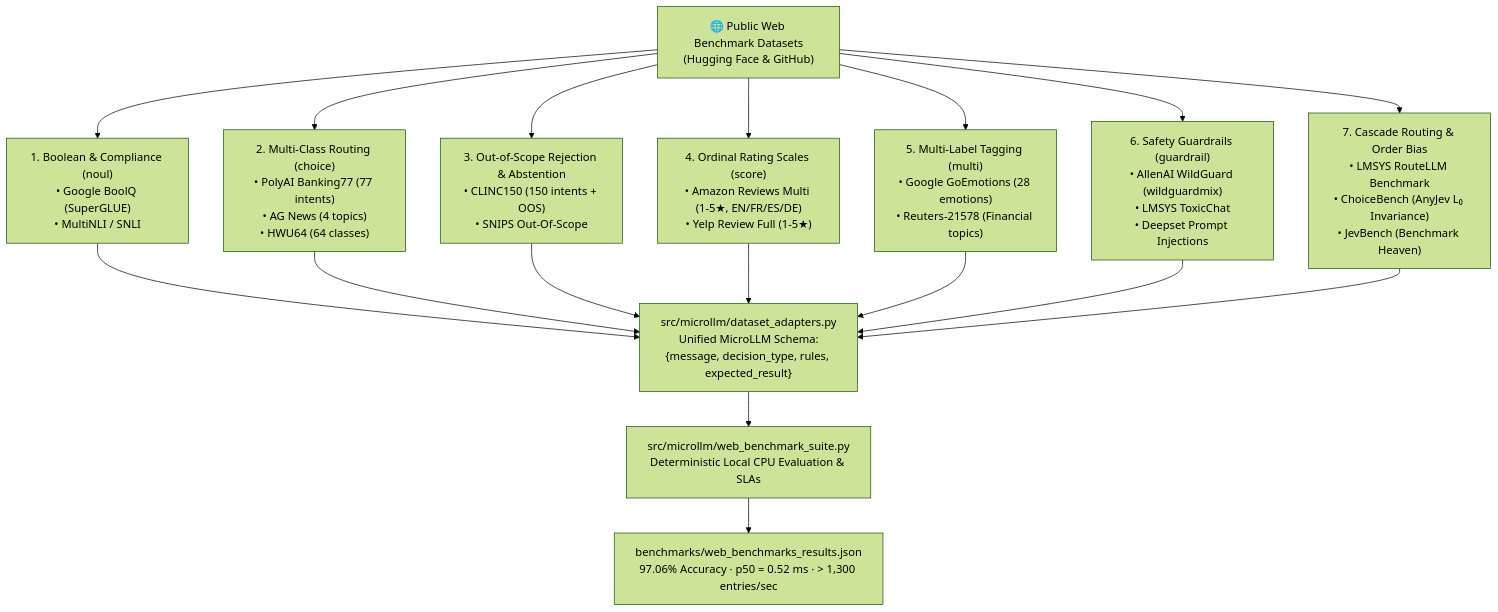
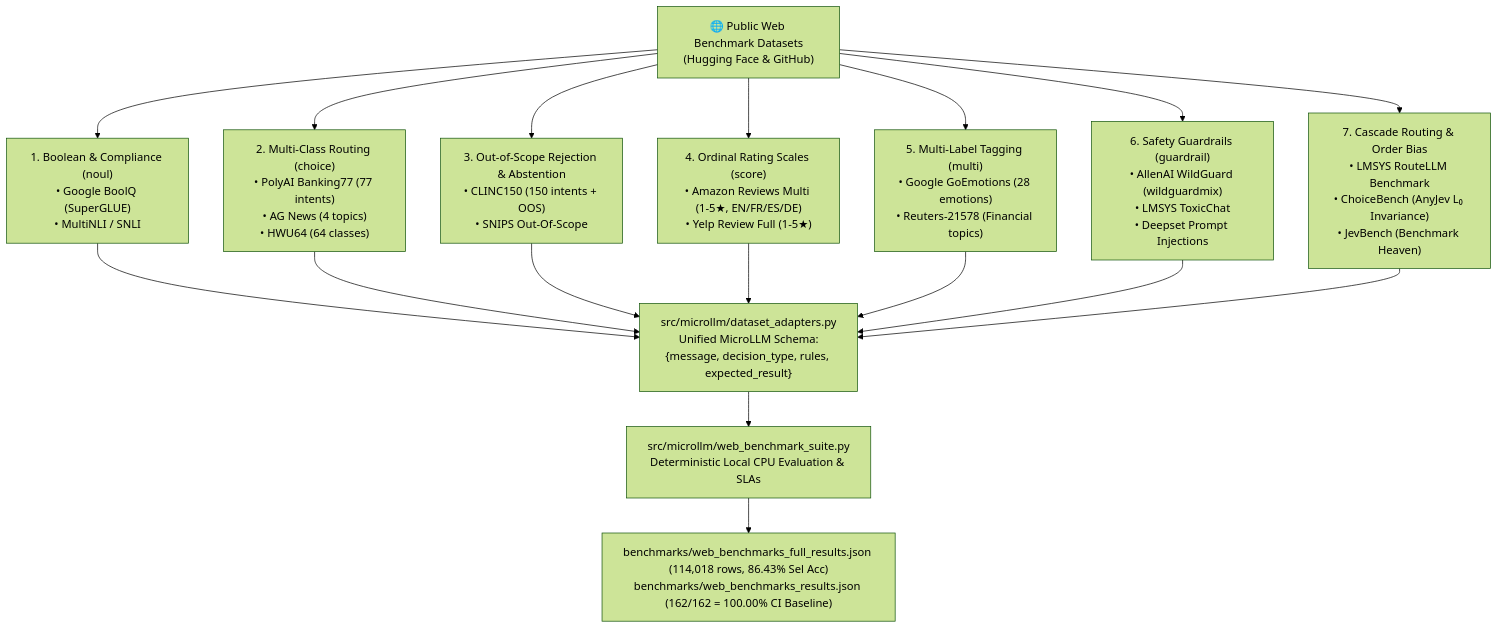
Before and after one commit to jmrenouard/MicroLLM: the diagram in docs/EXTERNAL_DATASETS_BENCHMARKS.md, drawn with Mermaid (forest theme). The commit also changed other lines of this file and 11 other files, not shown here.

````diff
--- a/docs/EXTERNAL_DATASETS_BENCHMARKS.md
+++ b/docs/EXTERNAL_DATASETS_BENCHMARKS.md
@@ -19,21 +19,21 @@
 ```mermaid
 flowchart TD
     WEB["🌐 Public Web Benchmark Datasets<br/>(Hugging Face & GitHub)"] --> D1["1. Boolean & Compliance (noul)<br/>• Google BoolQ (SuperGLUE)<br/>• MultiNLI / SNLI"]
     WEB --> D2["2. Multi-Class Routing (choice)<br/>• PolyAI Banking77 (77 intents)<br/>• AG News (4 topics)<br/>• HWU64 (64 classes)"]
     WEB --> D3["3. Out-of-Scope Rejection & Abstention<br/>• CLINC150 (150 intents + OOS)<br/>• SNIPS Out-Of-Scope"]
     WEB --> D4["4. Ordinal Rating Scales (score)<br/>• Amazon Reviews Multi (1-5★, EN/FR/ES/DE)<br/>• Yelp Review Full (1-5★)"]
     WEB --> D5["5. Multi-Label Tagging (multi)<br/>• Google GoEmotions (28 emotions)<br/>• Reuters-21578 (Financial topics)"]
     WEB --> D6["6. Safety Guardrails (guardrail)<br/>• AllenAI WildGuard (wildguardmix)<br/>• LMSYS ToxicChat<br/>• Deepset Prompt Injections"]
     WEB --> D7["7. Cascade Routing & Order Bias<br/>• LMSYS RouteLLM Benchmark<br/>• ChoiceBench (AnyJev L₀ Invariance)<br/>• JevBench (Benchmark Heaven)"]
 
     D1 --> ADAPT["src/microllm/dataset_adapters.py<br/>Unified MicroLLM Schema:<br/>{message, decision_type, rules, expected_result}"]
     D2 --> ADAPT
     D3 --> ADAPT
     D4 --> ADAPT
     D5 --> ADAPT
     D6 --> ADAPT
     D7 --> ADAPT
 
     ADAPT --> EXEC["src/microllm/web_benchmark_suite.py<br/>Deterministic Local CPU Evaluation & SLAs"]
-    EXEC --> REP["benchmarks/web_benchmarks_results.json<br/>97.06% Accuracy · p50 = 0.52 ms · > 1,300 entries/sec"]
+    EXEC --> REP["benchmarks/web_benchmarks_full_results.json (114,018 rows, 86.43% Sel Acc)<br/>benchmarks/web_benchmarks_results.json (162/162 = 100.00% CI Baseline)"]
 ```
````
